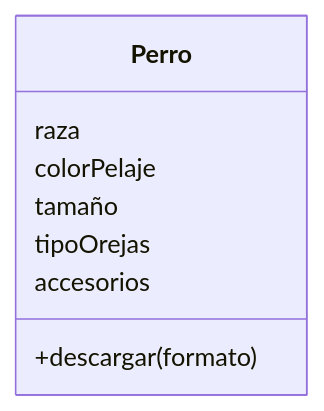
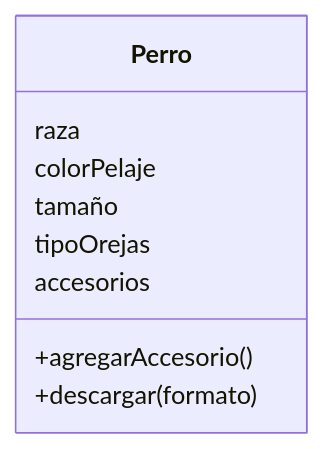
Before and after one commit to Dennis-Flores-H/psg-oop-2025: the diagram in retos_sesion_01/ejercicio_03.md, drawn with Mermaid. The commit also changed other lines of this file, not shown here.

````diff
--- a/retos_sesion_01/ejercicio_03.md
+++ b/retos_sesion_01/ejercicio_03.md
@@ -50,11 +50,12 @@
 ```mermaid
 classDiagram
      class Perro {
         raza
         colorPelaje
         tamaño
         tipoOrejas
         accesorios
+        +agregarAccesorio()
         +descargar(formato)
     }
 ```
````
